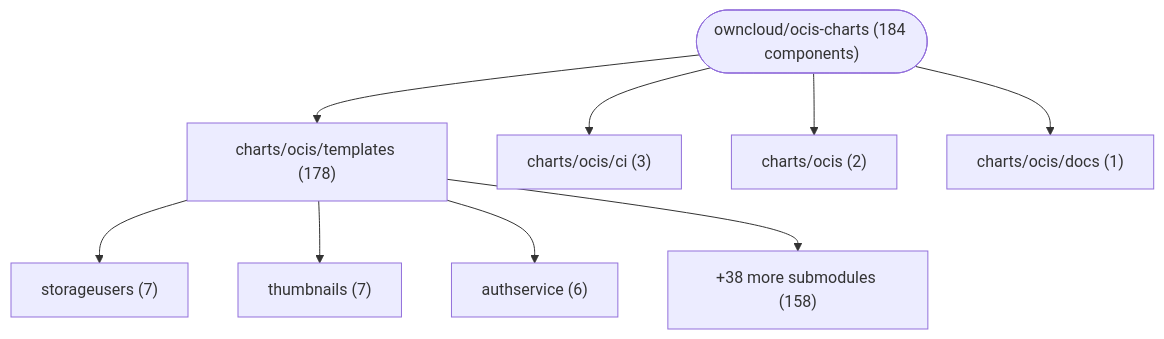
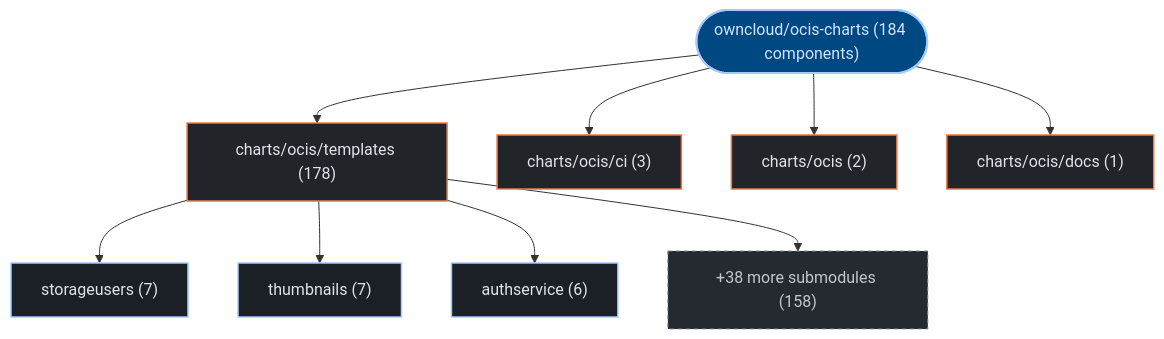
One commit to kumarshaz/atruss-code-atlas changed the first of 2 diagrams in exports/latest/reports/owncloud-ocis-charts-report.md. Above: the diagram before and after it, drawn with Mermaid. The commit also changed other lines of this file and 331 other files, not shown here.

Commit message:
docs,ui,fix: update SDLC docs, reorder CI/CD DAG first, stylize Mermaid, and fix Arc42 pipeline topology

````diff
--- a/exports/latest/reports/owncloud-ocis-charts-report.md
+++ b/exports/latest/reports/owncloud-ocis-charts-report.md
@@ -41,20 +41,27 @@
 ```mermaid
 graph TD;
-    repo_root(["owncloud/ocis-charts (184 components)"])
-    dir_0_charts_ocis_templates["charts/ocis/templates (178)"]
+  classDef atlasRoot fill:#004882,stroke:#a3c9ff,stroke-width:2px,color:#d3e4ff
+  classDef atlasCategory fill:#212428,stroke:#E87A48,stroke-width:1.5px,color:#dfe3eb
+  classDef atlasWorkflow fill:#1b2026,stroke:#a3c9ff,stroke-width:1.5px,color:#dfe3eb
+  classDef atlasJob fill:#171c22,stroke:#8d9199,stroke-width:1px,color:#dfe3eb
+  classDef atlasTarget fill:#005227,stroke:#8bd99b,stroke-width:1.5px,color:#a7f6b6
+  classDef atlasAlert fill:#93000a,stroke:#ffb4ab,stroke-width:1.5px,color:#ffdad6
+  classDef atlasMore fill:#252a31,stroke:#8d9199,stroke-dasharray:4 4,color:#c3c6cf
+    repo_root(["owncloud/ocis-charts (184 components)"]):::atlasRoot
+    dir_0_charts_ocis_templates["charts/ocis/templates (178)"]:::atlasCategory
     repo_root --> dir_0_charts_ocis_templates
-    sub_0_0_storageusers["storageusers (7)"]
+    sub_0_0_storageusers["storageusers (7)"]:::atlasWorkflow
     dir_0_charts_ocis_templates --> sub_0_0_storageusers
-    sub_0_1_thumbnails["thumbnails (7)"]
+    sub_0_1_thumbnails["thumbnails (7)"]:::atlasWorkflow
     dir_0_charts_ocis_templates --> sub_0_1_thumbnails
-    sub_0_2_authservice["authservice (6)"]
+    sub_0_2_authservice["authservice (6)"]:::atlasWorkflow
     dir_0_charts_ocis_templates --> sub_0_2_authservice
-    sub_0_more["+38 more submodules (158)"]
+    sub_0_more["+38 more submodules (158)"]:::atlasMore
     dir_0_charts_ocis_templates --> sub_0_more
-    dir_1_charts_ocis_ci["charts/ocis/ci (3)"]
+    dir_1_charts_ocis_ci["charts/ocis/ci (3)"]:::atlasCategory
     repo_root --> dir_1_charts_ocis_ci
-    dir_2_charts_ocis["charts/ocis (2)"]
+    dir_2_charts_ocis["charts/ocis (2)"]:::atlasCategory
     repo_root --> dir_2_charts_ocis
-    dir_3_charts_ocis_docs["charts/ocis/docs (1)"]
+    dir_3_charts_ocis_docs["charts/ocis/docs (1)"]:::atlasCategory
     repo_root --> dir_3_charts_ocis_docs
 ```
````
